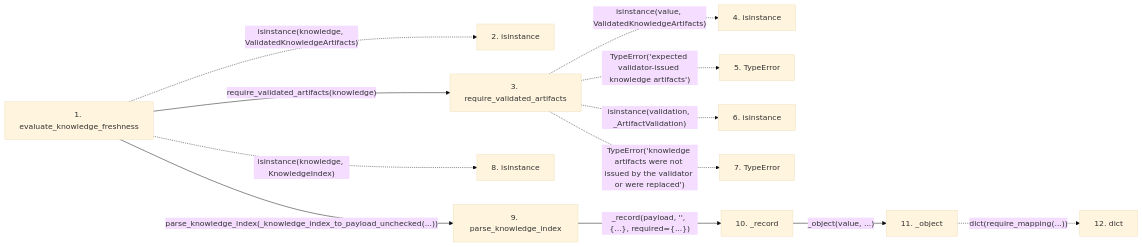
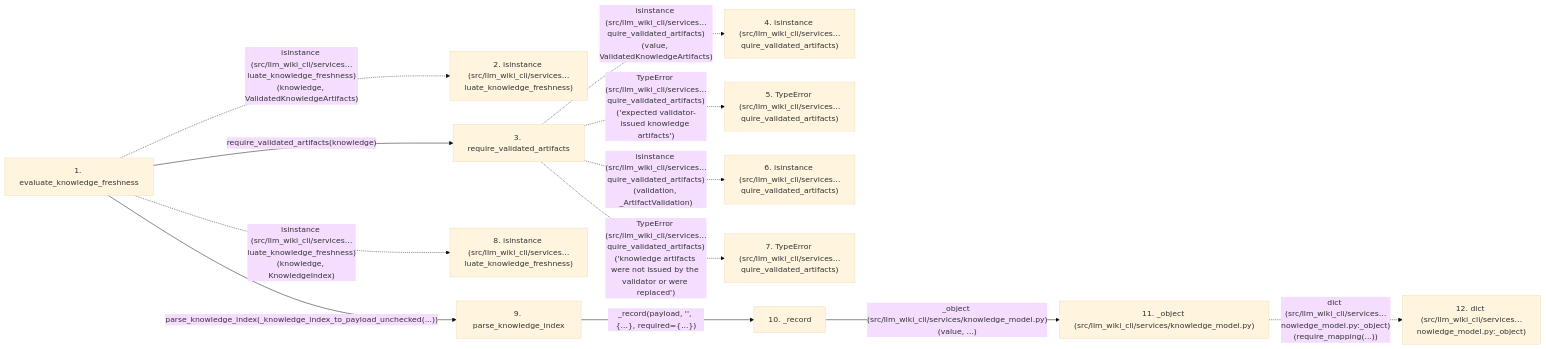
One commit to Denissvgn/python-wiki-llm changed the second of 2 diagrams in docs/llm_wiki/flows/api-evaluate_knowledge_freshness.md. Above: the diagram before and after it, drawn with Mermaid (base theme). The commit also changed other lines of this file and 719 other files, not shown here.

````diff
--- a/docs/llm_wiki/flows/api-evaluate_knowledge_freshness.md
+++ b/docs/llm_wiki/flows/api-evaluate_knowledge_freshness.md
@@ -83,31 +86,31 @@
 ```mermaid
 flowchart LR
     s1["1. evaluate_knowledge_freshness"]
-    s2["2. isinstance"]
+    s2["2. isinstance (src/llm_wiki_cli/services…luate_knowledge_freshness)"]
     s3["3. require_validated_artifacts"]
-    s4["4. isinstance"]
-    s5["5. TypeError"]
-    s6["6. isinstance"]
-    s7["7. TypeError"]
-    s8["8. isinstance"]
+    s4["4. isinstance (src/llm_wiki_cli/services…quire_validated_artifacts)"]
+    s5["5. TypeError (src/llm_wiki_cli/services…quire_validated_artifacts)"]
+    s6["6. isinstance (src/llm_wiki_cli/services…quire_validated_artifacts)"]
+    s7["7. TypeError (src/llm_wiki_cli/services…quire_validated_artifacts)"]
+    s8["8. isinstance (src/llm_wiki_cli/services…luate_knowledge_freshness)"]
     s9["9. parse_knowledge_index"]
     s10["10. _record"]
-    s11["11. _object"]
-    s12["12. dict"]
-    s1 -. "isinstance(knowledge, ValidatedKnowledgeArtifacts)" .-> s2
+    s11["11. _object (src/llm_wiki_cli/services/knowledge_model.py)"]
+    s12["12. dict (src/llm_wiki_cli/services…nowledge_model.py:_object)"]
+    s1 -. "isinstance (src/llm_wiki_cli/services…luate_knowledge_freshness)(knowledge, ValidatedKnowledgeArtifacts)" .-> s2
     s1 -->|"require_validated_artifacts(knowledge)"| s3
-    s3 -. "isinstance(value, ValidatedKnowledgeArtifacts)" .-> s4
-    s3 -. "TypeError('expected validator-issued knowledge artifacts')" .-> s5
-    s3 -. "isinstance(validation, _ArtifactValidation)" .-> s6
-    s3 -. "TypeError('knowledge artifacts were not issued by the validator or were replaced')" .-> s7
-    s1 -. "isinstance(knowledge, KnowledgeIndex)" .-> s8
+    s3 -. "isinstance (src/llm_wiki_cli/services…quire_validated_artifacts)(value, ValidatedKnowledgeArtifacts)" .-> s4
+    s3 -. "TypeError (src/llm_wiki_cli/services…quire_validated_artifacts)('expected validator-issued knowledge artifacts')" .-> s5
+    s3 -. "isinstance (src/llm_wiki_cli/services…quire_validated_artifacts)(validation, _ArtifactValidation)" .-> s6
+    s3 -. "TypeError (src/llm_wiki_cli/services…quire_validated_artifacts)('knowledge artifacts were not issued by the validator or were replaced')" .-> s7
+    s1 -. "isinstance (src/llm_wiki_cli/services…luate_knowledge_freshness)(knowledge, KnowledgeIndex)" .-> s8
     s1 -->|"parse_knowledge_index(_knowledge_index_to_payload_unchecked(...))"| s9
     s9 -->|"_record(payload, '', {...}, required={...})"| s10
-    s10 -->|"_object(value, ...)"| s11
-    s11 -. "dict(require_mapping(...))" .-> s12
+    s10 -->|"_object (src/llm_wiki_cli/services/knowledge_model.py)(value, ...)"| s11
+    s11 -. "dict (src/llm_wiki_cli/services…nowledge_model.py:_object)(require_mapping(...))" .-> s12
     click s1 "../modules/knowledge_freshness.md"
     click s3 "../modules/knowledge_artifacts.md"
     click s9 "../modules/knowledge_model.md"
     click s10 "../modules/knowledge_model.md"
     click s11 "../modules/knowledge_model.md"
 ```
````
